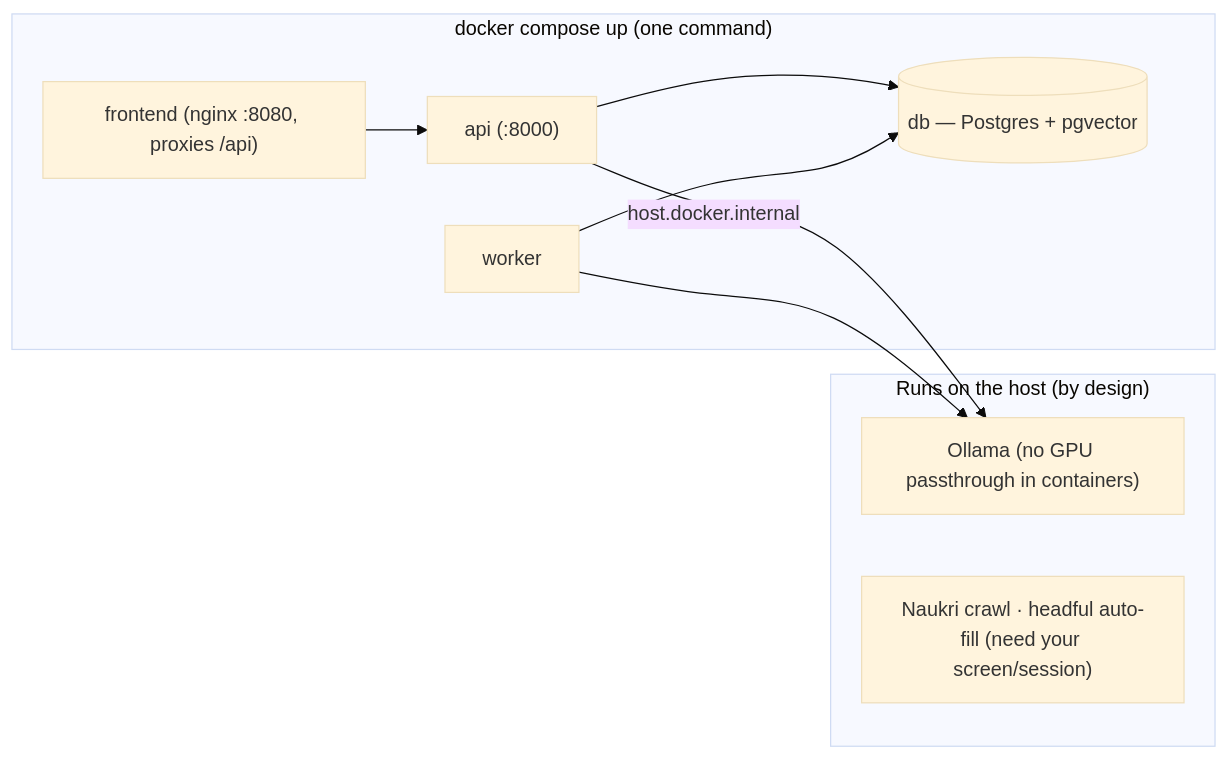
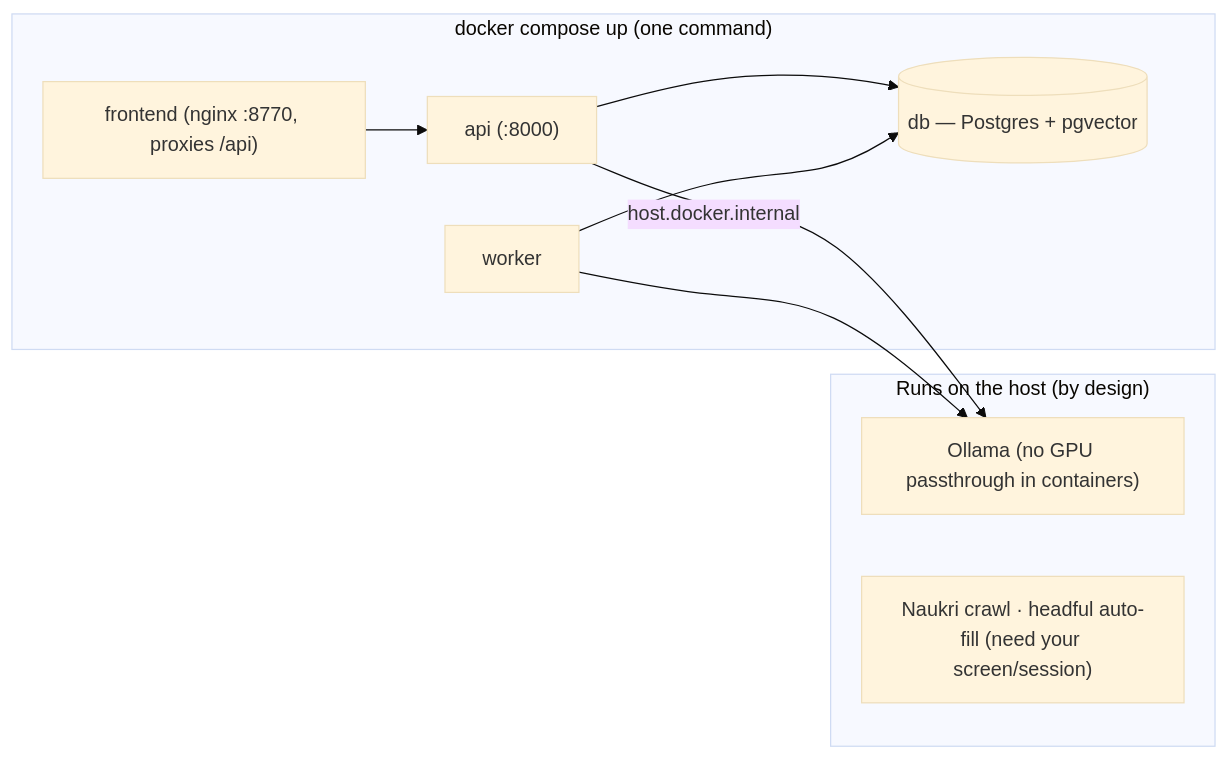
One commit to kokkondaBhanuteja/job-hunt changed the third of 3 diagrams in docs/architecture.md. Above: the diagram before and after it, drawn with Mermaid (base theme). The commit also changed 4 other files, not shown here.

````diff
--- a/docs/architecture.md
+++ b/docs/architecture.md
@@ -118,18 +118,18 @@
 ```mermaid
 flowchart LR
     subgraph Docker["docker compose up  (one command)"]
-        FE["frontend (nginx :8080, proxies /api)"]
+        FE["frontend (nginx :8770, proxies /api)"]
         A["api (:8000)"]
         W["worker"]
         DB[("db — Postgres + pgvector")]
     end
     subgraph Host["Runs on the host (by design)"]
         OL["Ollama (no GPU passthrough in containers)"]
         BROW["Naukri crawl · headful auto-fill (need your screen/session)"]
     end
     FE --> A
     A --> DB
     W --> DB
     A -->|host.docker.internal| OL
     W --> OL
 ```
````
